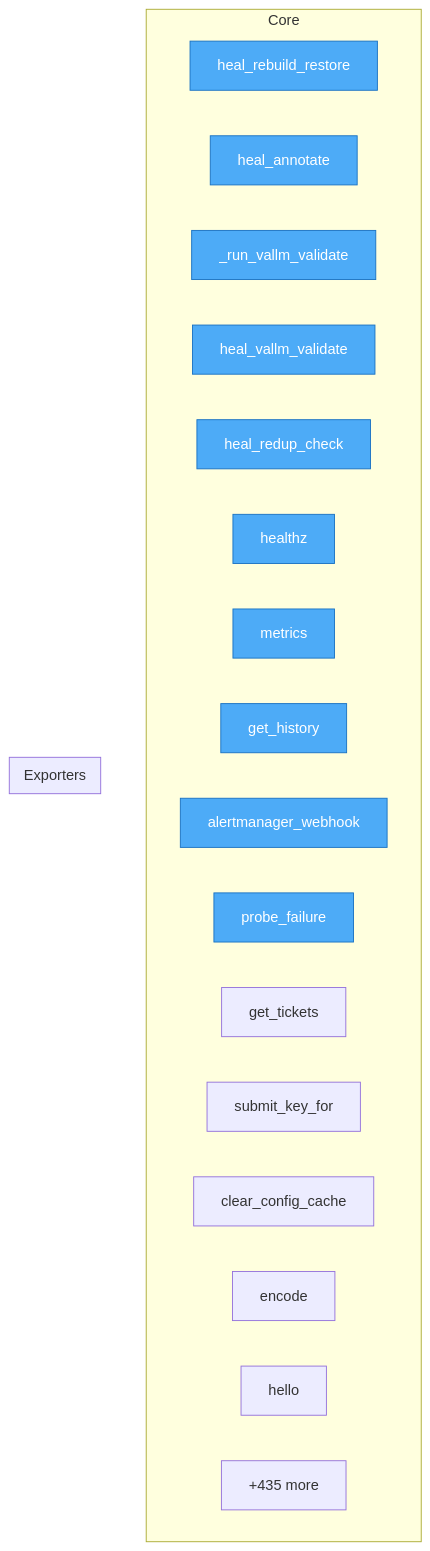
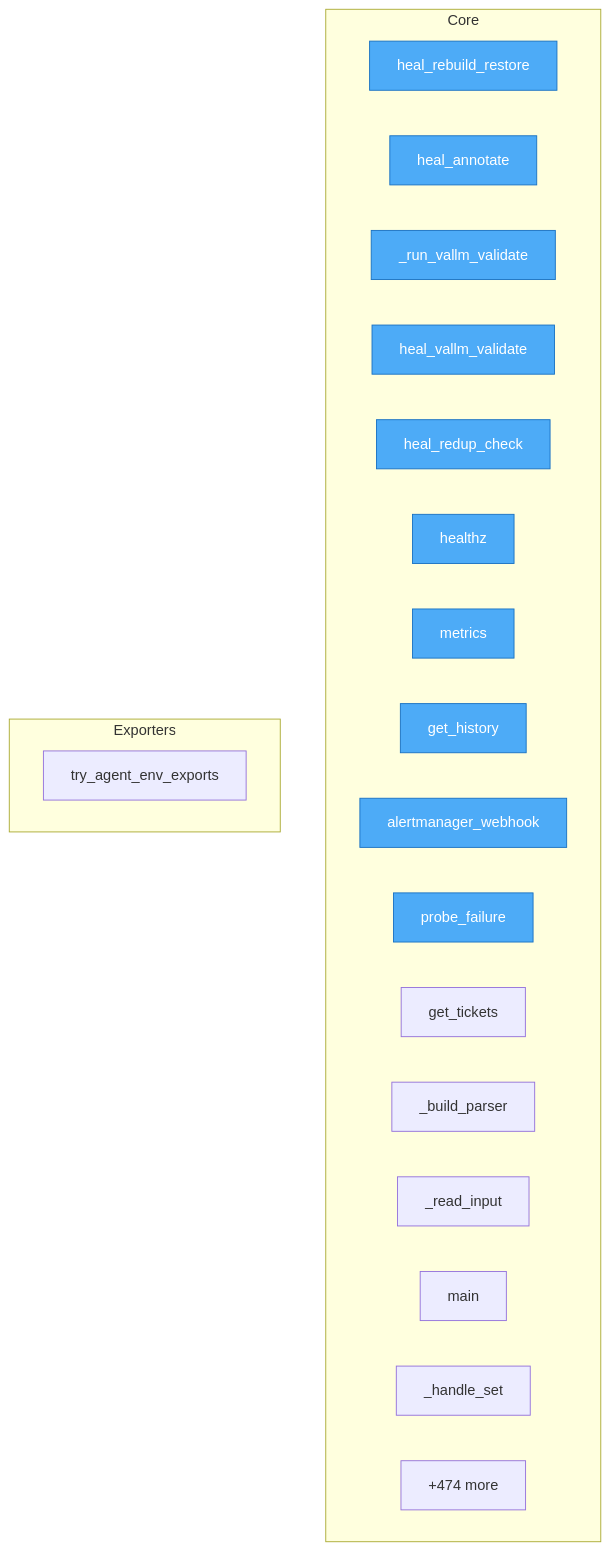
Before and after one commit to semcod/koru: the diagram in project/flow.mmd, drawn with Mermaid. The commit also changed 69 other files, not shown here.

```diff
--- a/project/flow.mmd
+++ b/project/flow.mmd
@@ -1,29 +1,30 @@
 flowchart TD
-%% generated in 0.03s
+%% generated in 0.05s
 
     %% Entry points (blue)
     classDef entry fill:#4dabf7,stroke:#1971c2,color:#fff
 
     subgraph Core
         services__healing_webhook__app__heal_rebuild_restore["heal_rebuild_restore"]
         services__healing_webhook__app__heal_annotate["heal_annotate"]
         services__healing_webhook__app___run_vallm_validate["_run_vallm_validate"]
         services__healing_webhook__app__heal_vallm_validate["heal_vallm_validate"]
         services__healing_webhook__app__heal_redup_check["heal_redup_check"]
         services__healing_webhook__app__healthz["healthz"]
         services__healing_webhook__app__metrics["metrics"]
         services__healing_webhook__app__get_history["get_history"]
         services__healing_webhook__app__alertmanager_webhook["alertmanager_webhook"]
         services__healing_webhook__app__probe_failure["probe_failure"]
         services__healing_webhook__app__get_tickets["get_tickets"]
-        src__koruide__config__AutopilotConfig__submit_key_for["submit_key_for"]
-        src__koruide__config__clear_config_cache["clear_config_cache"]
-        src__koruide__protocol__Message__encode["encode"]
-        src__koruide__protocol__hello["hello"]
-        ...["+435 more"]
+        src__korudsl__cli___build_parser["_build_parser"]
+        src__korudsl__cli___read_input["_read_input"]
+        src__korudsl__cli__main["main"]
+        src__korudsl__library___handle_set["_handle_set"]
+        ...["+474 more"]
     end
 
     subgraph Exporters
+        src__koru__agent_cli_helpers__try_agent_env_exports["try_agent_env_exports"]
     end
 
     class services__healing_webhook__app__heal_rebuild_restore,services__healing_webhook__app__heal_annotate,services__healing_webhook__app___run_vallm_validate,services__healing_webhook__app__heal_vallm_validate,services__healing_webhook__app__heal_redup_check,services__healing_webhook__app__healthz,services__healing_webhook__app__metrics,services__healing_webhook__app__get_history,services__healing_webhook__app__alertmanager_webhook,services__healing_webhook__app__probe_failure entry
```
